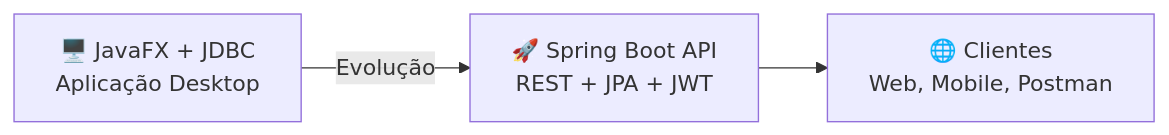
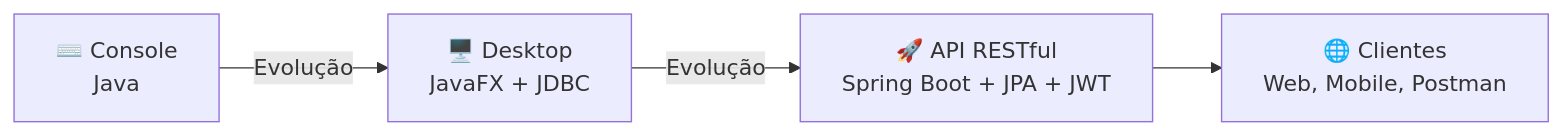
One commit to anaflaviabitu/fintrack-api changed the first of 3 diagrams in README.md. Above: the diagram before and after it, drawn with Mermaid. The commit also changed other lines of this file, not shown here.

````diff
--- a/README.md
+++ b/README.md
@@ -36,5 +35,6 @@
 ```mermaid
 graph LR
-    A["🖥️ JavaFX + JDBC<br/>Aplicação Desktop"] -->|Evolução| B["🚀 Spring Boot API<br/>REST + JPA + JWT"]
-    B --> C["🌐 Clientes<br/>Web, Mobile, Postman"]
+    A["⌨️ Console<br/>Java"] -->|Evolução| B["🖥️ Desktop<br/>JavaFX + JDBC"]
+    B -->|Evolução| C["🚀 API RESTful<br/>Spring Boot + JPA + JWT"]
+    C --> D["🌐 Clientes<br/>Web, Mobile, Postman"]
 ```
````
